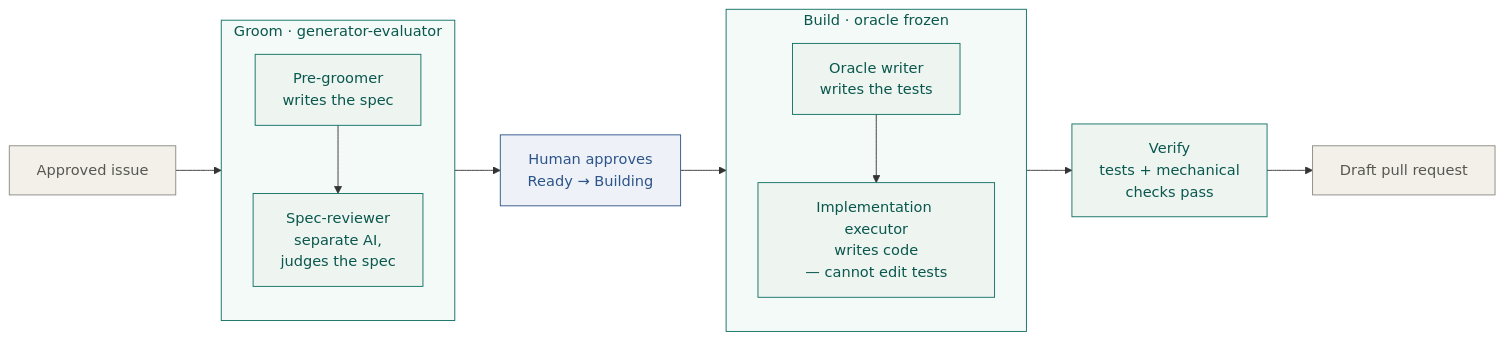
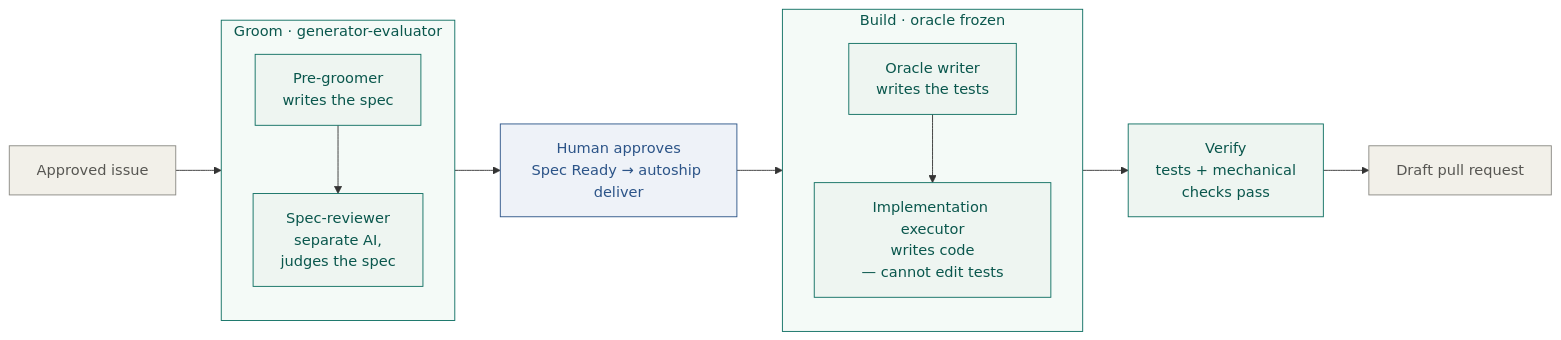
The first of 5 diagrams in docs/architecture/deliver-architecture.md (Calibrax-ai/autoship), drawn with Mermaid before and after one commit. The commit also changed other lines of this file and 3 other files, not shown here.

First line of the commit message:
docs: bring README, CLAUDE.md, and architecture pages current with v2 protocol

````diff
--- a/docs/architecture/deliver-architecture.md
+++ b/docs/architecture/deliver-architecture.md
@@ -51,40 +51,40 @@
 ```mermaid
 flowchart LR
     Issue["Approved issue"]
 
     subgraph GROOM ["Groom · generator-evaluator"]
       direction TB
       PG["Pre-groomer<br/>writes the spec"]
       BR["Spec-reviewer<br/>separate AI,<br/>judges the spec"]
       PG --> BR
     end
 
-    HA["Human approves<br/>Ready → Building"]
+    HA["Human approves<br/>Spec Ready → autoship deliver"]
 
     subgraph BUILD ["Build · oracle frozen"]
       direction TB
       S1["Oracle writer<br/>writes the tests"]
       S2["Implementation executor<br/>writes code<br/>— cannot edit tests"]
       S1 --> S2
     end
 
     V["Verify<br/>tests + mechanical<br/>checks pass"]
     PR["Draft pull request"]
 
     Issue --> GROOM
     GROOM --> HA
     HA --> BUILD
     BUILD --> V
     V --> PR
 
     classDef live fill:#eef5f1,stroke:#0d6e61,color:#0a574d
     classDef human fill:#eef2f8,stroke:#2c5488,color:#2c5488
     classDef ext fill:#f2f0e9,stroke:#8a8983,color:#575652
 
     class PG,BR,S1,S2,V live
     class HA human
     class Issue,PR ext
 
     style GROOM fill:#f4faf7,stroke:#0d6e61,stroke-width:1px,color:#0a574d
     style BUILD fill:#f4faf7,stroke:#0d6e61,stroke-width:1px,color:#0a574d
 ```
````
